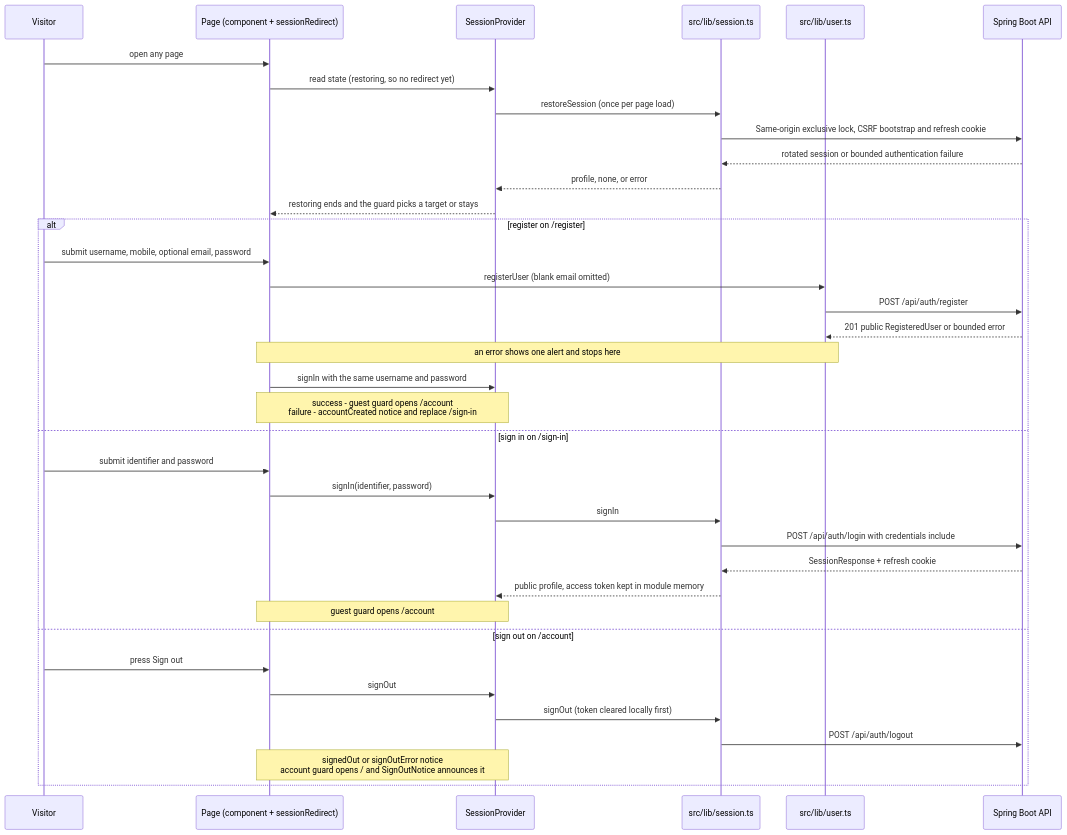
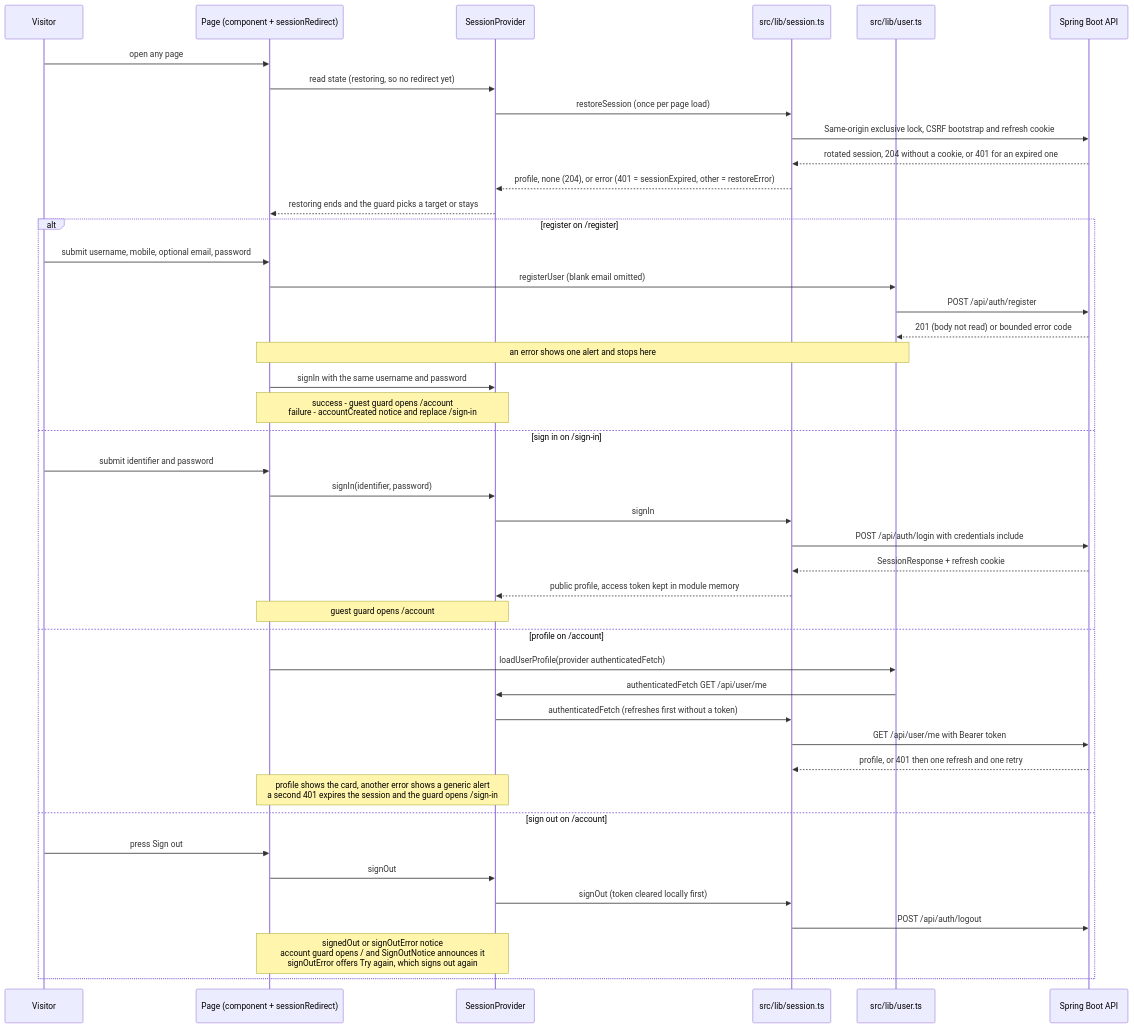
The second of 2 diagrams in frontend/docs/code-architecture.md (n-saakib/medi-wish-bd), drawn with Mermaid before and after one commit. The commit also changed other lines of this file and 56 other files, not shown here.

First line of the commit message:
Retry failed sign-out, share the API client and add browser checks

````diff
--- a/frontend/docs/code-architecture.md
+++ b/frontend/docs/code-architecture.md
@@ -114,41 +120,48 @@
 ```mermaid
 sequenceDiagram
     participant V as Visitor
     participant R as Page (component + sessionRedirect)
     participant P as SessionProvider
     participant S as src/lib/session.ts
     participant U as src/lib/user.ts
     participant A as Spring Boot API
 
     V->>R: open any page
     R->>P: read state (restoring, so no redirect yet)
     P->>S: restoreSession (once per page load)
     S->>A: Same-origin exclusive lock, CSRF bootstrap and refresh cookie
-    A-->>S: rotated session or bounded authentication failure
-    S-->>P: profile, none, or error
+    A-->>S: rotated session, 204 without a cookie, or 401 for an expired one
+    S-->>P: profile, none (204), or error (401 = sessionExpired, other = restoreError)
     P-->>R: restoring ends and the guard picks a target or stays
 
     alt register on /register
         V->>R: submit username, mobile, optional email, password
         R->>U: registerUser (blank email omitted)
         U->>A: POST /api/auth/register
-        A-->>U: 201 public RegisteredUser or bounded error
+        A-->>U: 201 (body not read) or bounded error code
         Note over R,U: an error shows one alert and stops here
         R->>P: signIn with the same username and password
         Note over R,P: success - guest guard opens /account<br/>failure - accountCreated notice and replace /sign-in
     else sign in on /sign-in
         V->>R: submit identifier and password
         R->>P: signIn(identifier, password)
         P->>S: signIn
         S->>A: POST /api/auth/login with credentials include
         A-->>S: SessionResponse + refresh cookie
         S-->>P: public profile, access token kept in module memory
         Note over R,P: guest guard opens /account
+    else profile on /account
+        R->>U: loadUserProfile(provider authenticatedFetch)
+        U->>P: authenticatedFetch GET /api/user/me
+        P->>S: authenticatedFetch (refreshes first without a token)
+        S->>A: GET /api/user/me with Bearer token
+        A-->>S: profile, or 401 then one refresh and one retry
+        Note over R,P: profile shows the card, another error shows a generic alert<br/>a second 401 expires the session and the guard opens /sign-in
     else sign out on /account
         V->>R: press Sign out
         R->>P: signOut
         P->>S: signOut (token cleared locally first)
         S->>A: POST /api/auth/logout
-        Note over R,P: signedOut or signOutError notice<br/>account guard opens / and SignOutNotice announces it
+        Note over R,P: signedOut or signOutError notice<br/>account guard opens / and SignOutNotice announces it<br/>signOutError offers Try again, which signs out again
     end
 ```
````
